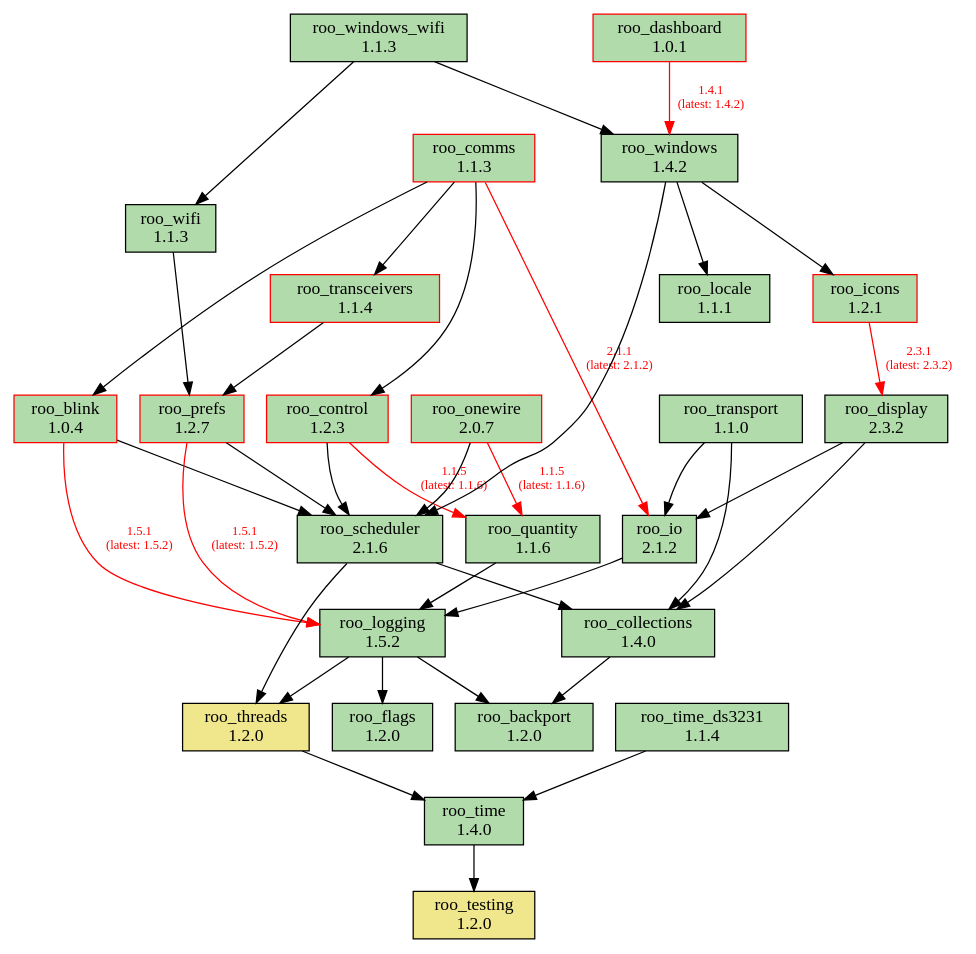
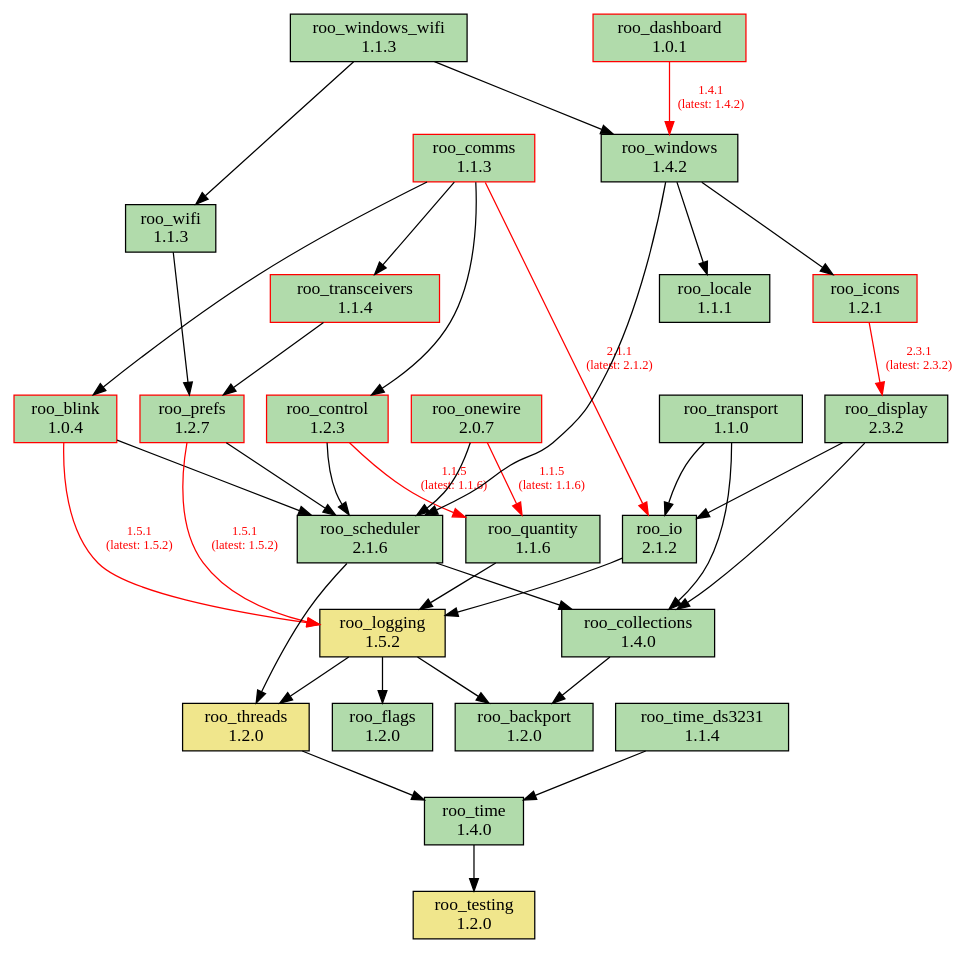
Before and after one commit to dejwk/roo-registry: the diagram in doc/dependencies.dot, drawn with Graphviz. The commit also changed 1 other file, not shown here.

Commit message:
Updated the state of the graph.

```diff
--- a/doc/dependencies.dot
+++ b/doc/dependencies.dot
@@ -1,70 +1,70 @@
 digraph dependencies {
     rankdir=TB;
     node [shape=box, style=filled];
     edge [fontsize=10];
 
     // Modules
     "roo_backport" [label="roo_backport\n1.2.0", fillcolor="#b1dbab", color="black"];
     "roo_blink" [label="roo_blink\n1.0.4", fillcolor="#b1dbab", color="red"];
     "roo_collections" [label="roo_collections\n1.4.0", fillcolor="#b1dbab", color="black"];
     "roo_comms" [label="roo_comms\n1.1.3", fillcolor="#b1dbab", color="red"];
     "roo_control" [label="roo_control\n1.2.3", fillcolor="#b1dbab", color="red"];
     "roo_dashboard" [label="roo_dashboard\n1.0.1", fillcolor="#b1dbab", color="red"];
     "roo_display" [label="roo_display\n2.3.2", fillcolor="#b1dbab", color="black"];
     "roo_flags" [label="roo_flags\n1.2.0", fillcolor="#b1dbab", color="black"];
     "roo_icons" [label="roo_icons\n1.2.1", fillcolor="#b1dbab", color="red"];
     "roo_io" [label="roo_io\n2.1.2", fillcolor="#b1dbab", color="black"];
     "roo_locale" [label="roo_locale\n1.1.1", fillcolor="#b1dbab", color="black"];
-    "roo_logging" [label="roo_logging\n1.5.2", fillcolor="#b1dbab", color="black"];
+    "roo_logging" [label="roo_logging\n1.5.2", fillcolor="khaki", color="black"];
     "roo_onewire" [label="roo_onewire\n2.0.7", fillcolor="#b1dbab", color="red"];
     "roo_prefs" [label="roo_prefs\n1.2.7", fillcolor="#b1dbab", color="red"];
     "roo_quantity" [label="roo_quantity\n1.1.6", fillcolor="#b1dbab", color="black"];
     "roo_scheduler" [label="roo_scheduler\n2.1.6", fillcolor="#b1dbab", color="black"];
     "roo_testing" [label="roo_testing\n1.2.0", fillcolor="khaki", color="black"];
     "roo_threads" [label="roo_threads\n1.2.0", fillcolor="khaki", color="black"];
     "roo_time" [label="roo_time\n1.4.0", fillcolor="#b1dbab", color="black"];
     "roo_time_ds3231" [label="roo_time_ds3231\n1.1.4", fillcolor="#b1dbab", color="black"];
     "roo_transceivers" [label="roo_transceivers\n1.1.4", fillcolor="#b1dbab", color="red"];
     "roo_transport" [label="roo_transport\n1.1.0", fillcolor="#b1dbab", color="black"];
     "roo_wifi" [label="roo_wifi\n1.1.3", fillcolor="#b1dbab", color="black"];
     "roo_windows" [label="roo_windows\n1.4.2", fillcolor="#b1dbab", color="black"];
     "roo_windows_wifi" [label="roo_windows_wifi\n1.1.3", fillcolor="#b1dbab", color="black"];
 
     // Dependencies
     "roo_blink" -> "roo_logging" [color=red, fontcolor=red, label="1.5.1\n(latest: 1.5.2)"];
     "roo_blink" -> "roo_scheduler";
     "roo_collections" -> "roo_backport";
     "roo_comms" -> "roo_blink";
     "roo_comms" -> "roo_control";
     "roo_comms" -> "roo_io" [color=red, fontcolor=red, label="2.1.1\n(latest: 2.1.2)"];
     "roo_comms" -> "roo_transceivers";
     "roo_control" -> "roo_quantity" [color=red, fontcolor=red, label="1.1.5\n(latest: 1.1.6)"];
     "roo_control" -> "roo_scheduler";
     "roo_dashboard" -> "roo_windows" [color=red, fontcolor=red, label="1.4.1\n(latest: 1.4.2)"];
     "roo_display" -> "roo_collections";
     "roo_display" -> "roo_io";
     "roo_icons" -> "roo_display" [color=red, fontcolor=red, label="2.3.1\n(latest: 2.3.2)"];
     "roo_io" -> "roo_logging";
     "roo_logging" -> "roo_backport";
     "roo_logging" -> "roo_flags";
     "roo_logging" -> "roo_threads";
     "roo_onewire" -> "roo_scheduler";
     "roo_onewire" -> "roo_quantity" [color=red, fontcolor=red, label="1.1.5\n(latest: 1.1.6)"];
     "roo_prefs" -> "roo_logging" [color=red, fontcolor=red, label="1.5.1\n(latest: 1.5.2)"];
     "roo_prefs" -> "roo_scheduler";
     "roo_quantity" -> "roo_logging";
     "roo_scheduler" -> "roo_collections";
     "roo_scheduler" -> "roo_threads";
     "roo_threads" -> "roo_time";
     "roo_time" -> "roo_testing";
     "roo_time_ds3231" -> "roo_time";
     "roo_transceivers" -> "roo_prefs";
     "roo_transport" -> "roo_collections";
     "roo_transport" -> "roo_io";
     "roo_wifi" -> "roo_prefs";
     "roo_windows" -> "roo_locale";
     "roo_windows" -> "roo_icons";
     "roo_windows" -> "roo_scheduler";
     "roo_windows_wifi" -> "roo_wifi";
     "roo_windows_wifi" -> "roo_windows";
 }
```
